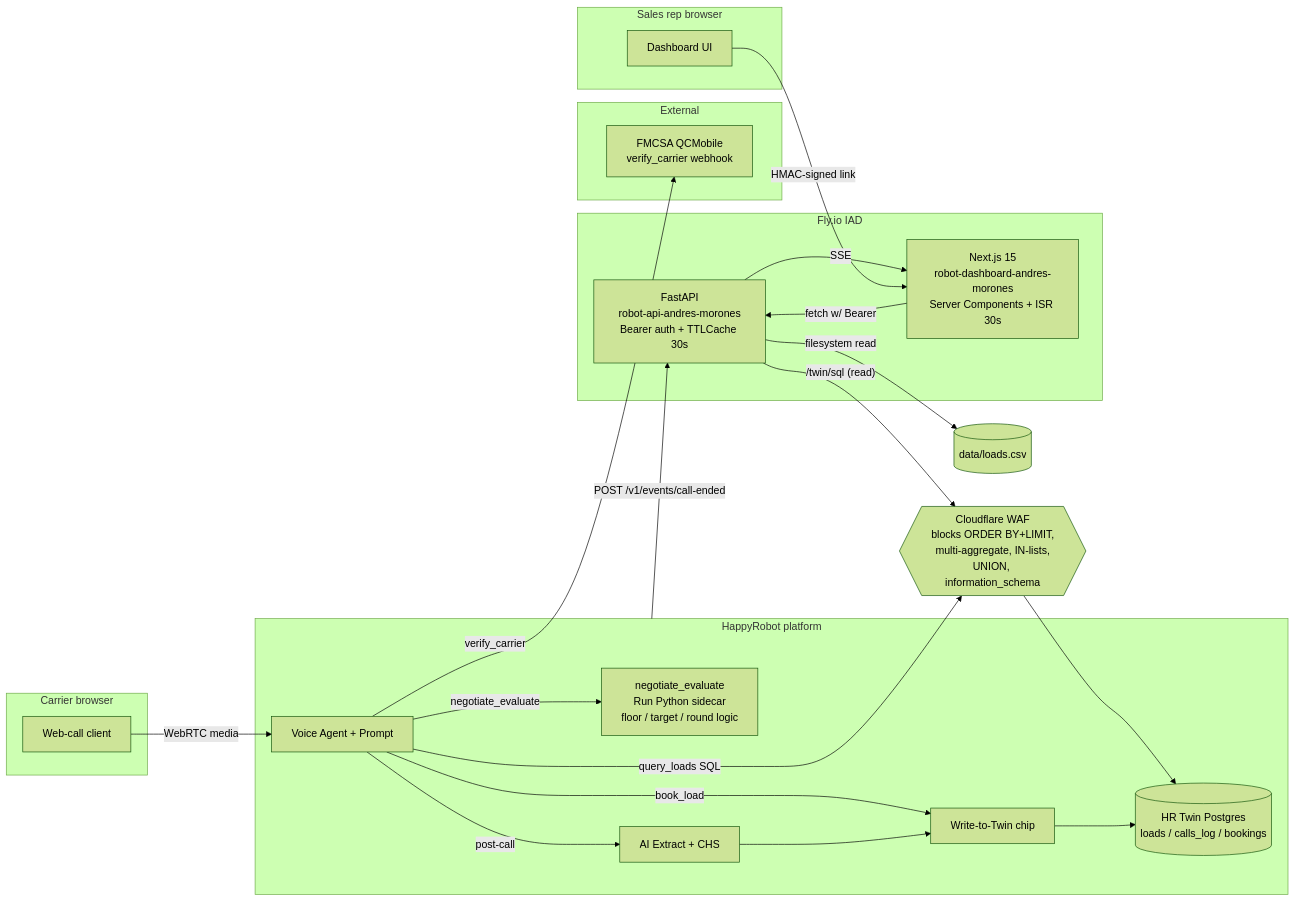
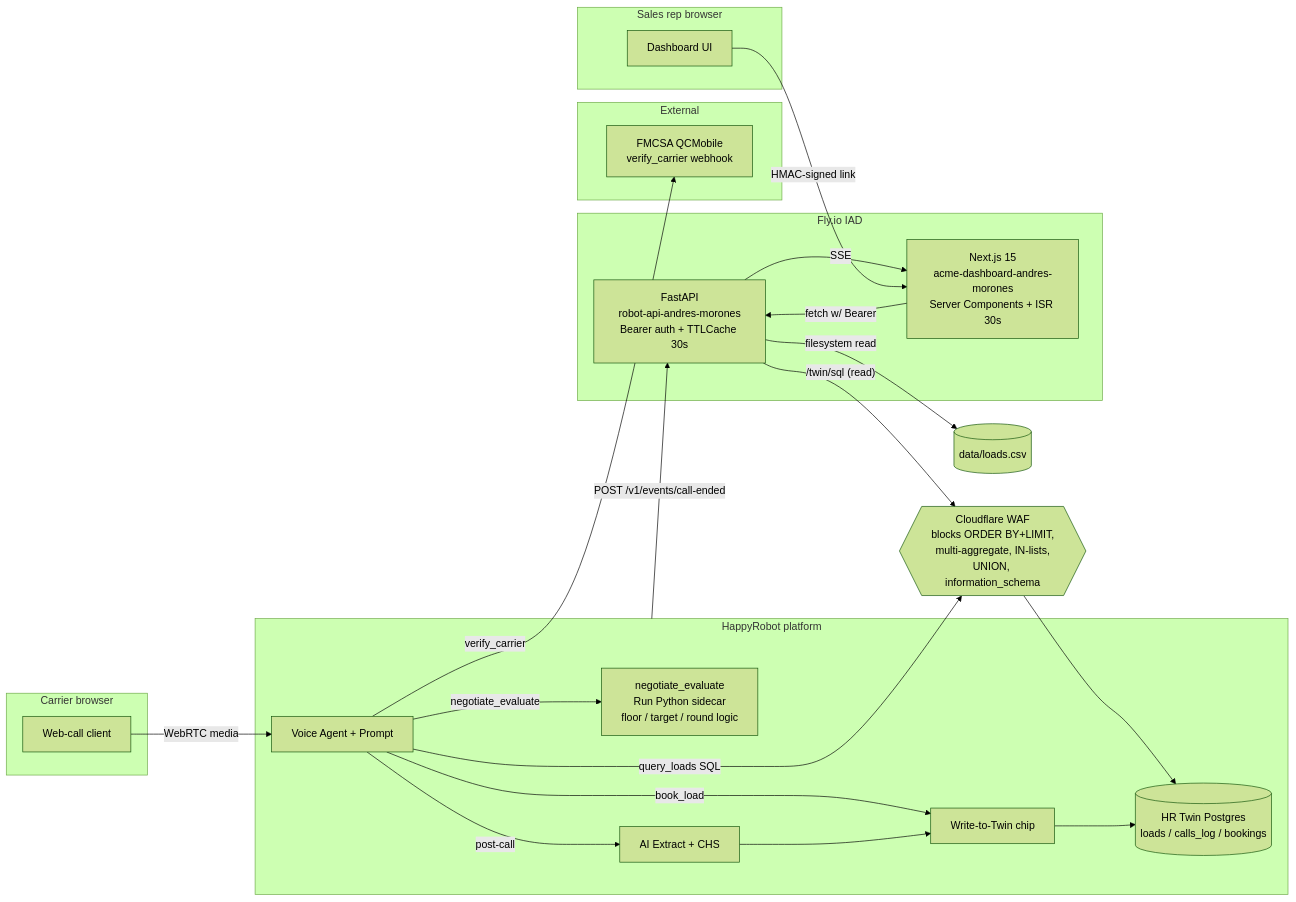
The first of 2 diagrams in ARCHITECTURE.md (AndresMorones/AcmeLogistics), drawn with Mermaid (forest theme) before and after one commit. The commit also changed other lines of this file and 9 other files, not shown here.

First line of the commit message:
feat(deploy): migrate dashboard Fly app to acme-dashboard-andres-morones

````diff
--- a/ARCHITECTURE.md
+++ b/ARCHITECTURE.md
@@ -29,47 +29,47 @@
 ```mermaid
 flowchart LR
     subgraph Browser["Carrier browser"]
         CB[Web-call client]
     end
 
     subgraph HR["HappyRobot platform"]
         VA[Voice Agent + Prompt]
         NEG[negotiate_evaluate<br/>Run Python sidecar<br/>floor / target / round logic]
         EXTR[AI Extract + CHS]
         WT[Write-to-Twin chip]
         TWIN[(HR Twin Postgres<br/>loads / calls_log / bookings)]
     end
 
     subgraph EXT["External"]
         FMCSA[FMCSA QCMobile<br/>verify_carrier webhook]
     end
 
     subgraph Fly["Fly.io IAD"]
         API[FastAPI<br/>robot-api-andres-morones<br/>Bearer auth + TTLCache 30s]
-        DASH[Next.js 15<br/>robot-dashboard-andres-morones<br/>Server Components + ISR 30s]
+        DASH[Next.js 15<br/>acme-dashboard-andres-morones<br/>Server Components + ISR 30s]
     end
 
     subgraph Rep["Sales rep browser"]
         RB[Dashboard UI]
     end
 
     CF{{Cloudflare WAF<br/>blocks ORDER BY+LIMIT,<br/>multi-aggregate, IN-lists,<br/>UNION, information_schema}}
 
     CB -- WebRTC media --> VA
     VA -- verify_carrier --> FMCSA
     VA -- query_loads SQL --> CF
     CF --> TWIN
     VA -- negotiate_evaluate --> NEG
     VA -- book_load --> WT
     WT --> TWIN
     EXTR --> WT
     VA -- post-call --> EXTR
 
     DASH -- "fetch w/ Bearer" --> API
     API -- "/twin/sql (read)" --> CF
     API -- "filesystem read" --> CSV[(data/loads.csv)]
     API -- SSE --> DASH
     HR -- "POST /v1/events/call-ended" --> API
 
     RB -- HMAC-signed link --> DASH
 ```
````
